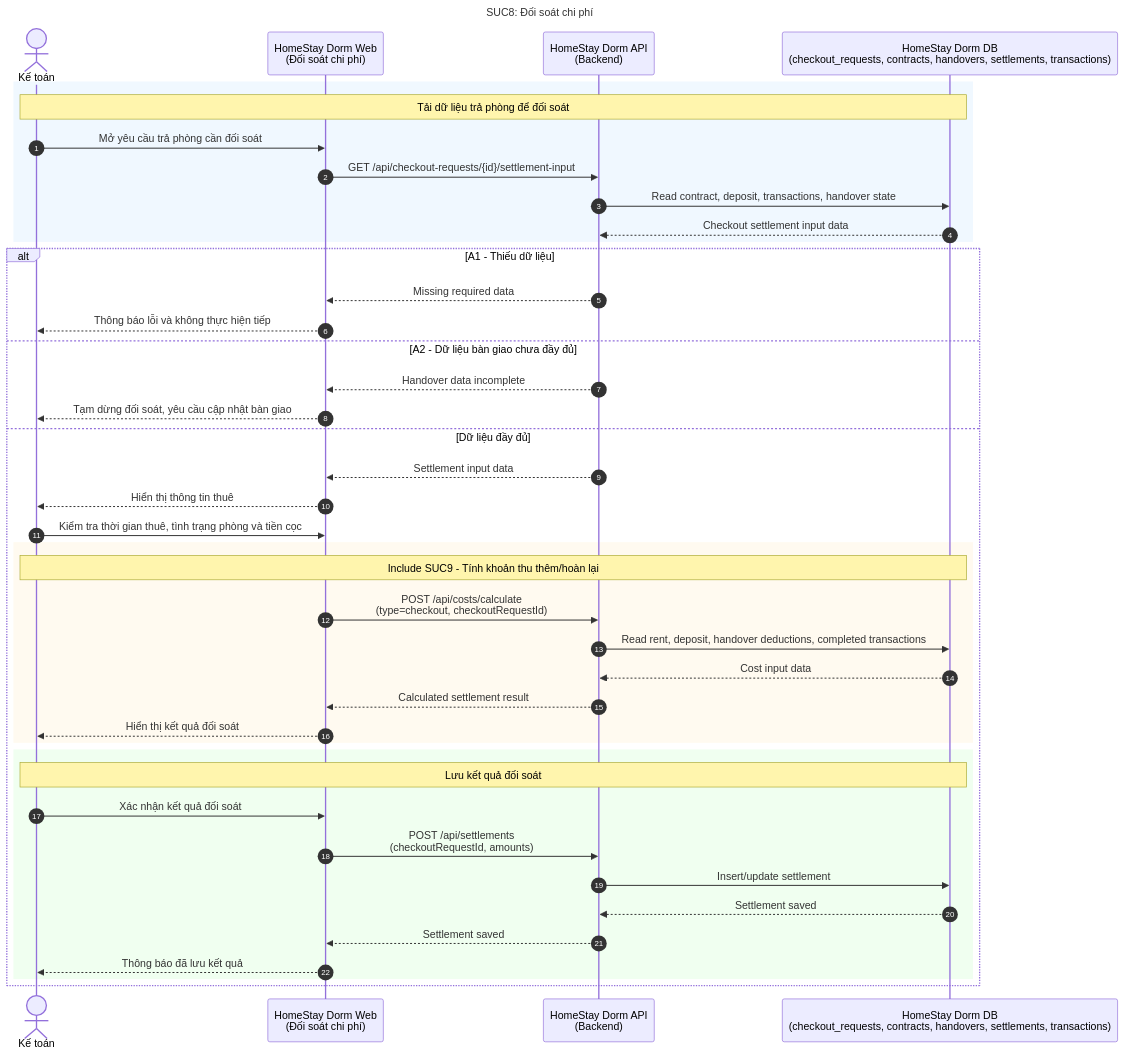
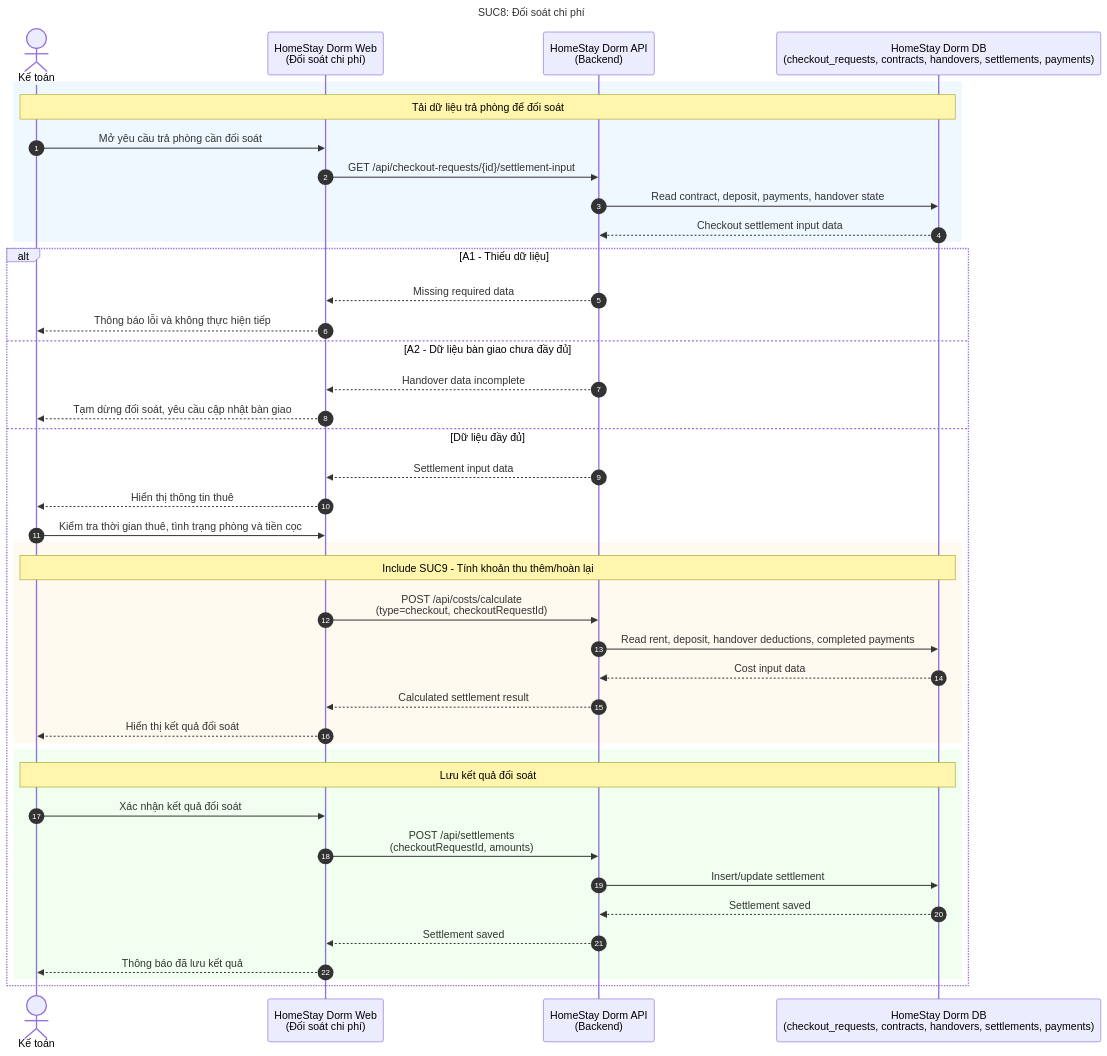
One commit to dinhdaivu/CSC12004_Information-Systems-Analysis-and-Design changed the diagram in docs/SUC/SUC08-doi-soat-chi-phi.mmd. Above: the diagram before and after it, drawn with Mermaid. The commit also changed 30 other files, not shown here.

Commit message:
docs: change transactions to payments (#8)

```diff
--- a/docs/SUC/SUC08-doi-soat-chi-phi.mmd
+++ b/docs/SUC/SUC08-doi-soat-chi-phi.mmd
@@ -1,46 +1,46 @@
 sequenceDiagram
     title SUC8: Đối soát chi phí
     autonumber
     actor A as Kế toán
     participant Web as HomeStay Dorm Web<br/>(Đối soát chi phí)
     participant API as HomeStay Dorm API<br/>(Backend)
-    participant DB as HomeStay Dorm DB<br/>(checkout_requests, contracts, handovers, settlements, transactions)
+    participant DB as HomeStay Dorm DB<br/>(checkout_requests, contracts, handovers, settlements, payments)
 
     rect rgb(240, 248, 255)
         Note over A, DB: Tải dữ liệu trả phòng để đối soát
         A->>Web: Mở yêu cầu trả phòng cần đối soát
         Web->>API: GET /api/checkout-requests/{id}/settlement-input
-        API->>DB: Read contract, deposit, transactions, handover state
+        API->>DB: Read contract, deposit, payments, handover state
         DB-->>API: Checkout settlement input data
     end
 
     alt A1 - Thiếu dữ liệu
         API-->>Web: Missing required data
         Web-->>A: Thông báo lỗi và không thực hiện tiếp
     else A2 - Dữ liệu bàn giao chưa đầy đủ
         API-->>Web: Handover data incomplete
         Web-->>A: Tạm dừng đối soát, yêu cầu cập nhật bàn giao
     else Dữ liệu đầy đủ
         API-->>Web: Settlement input data
         Web-->>A: Hiển thị thông tin thuê
         A->>Web: Kiểm tra thời gian thuê, tình trạng phòng và tiền cọc
 
         rect rgb(255, 250, 240)
             Note over A, DB: Include SUC9 - Tính khoản thu thêm/hoàn lại
             Web->>API: POST /api/costs/calculate<br/>(type=checkout, checkoutRequestId)
-            API->>DB: Read rent, deposit, handover deductions, completed transactions
+            API->>DB: Read rent, deposit, handover deductions, completed payments
             DB-->>API: Cost input data
             API-->>Web: Calculated settlement result
             Web-->>A: Hiển thị kết quả đối soát
         end
 
         rect rgb(240, 255, 240)
             Note over A, DB: Lưu kết quả đối soát
             A->>Web: Xác nhận kết quả đối soát
             Web->>API: POST /api/settlements<br/>(checkoutRequestId, amounts)
             API->>DB: Insert/update settlement
             DB-->>API: Settlement saved
             API-->>Web: Settlement saved
             Web-->>A: Thông báo đã lưu kết quả
         end
     end
```
